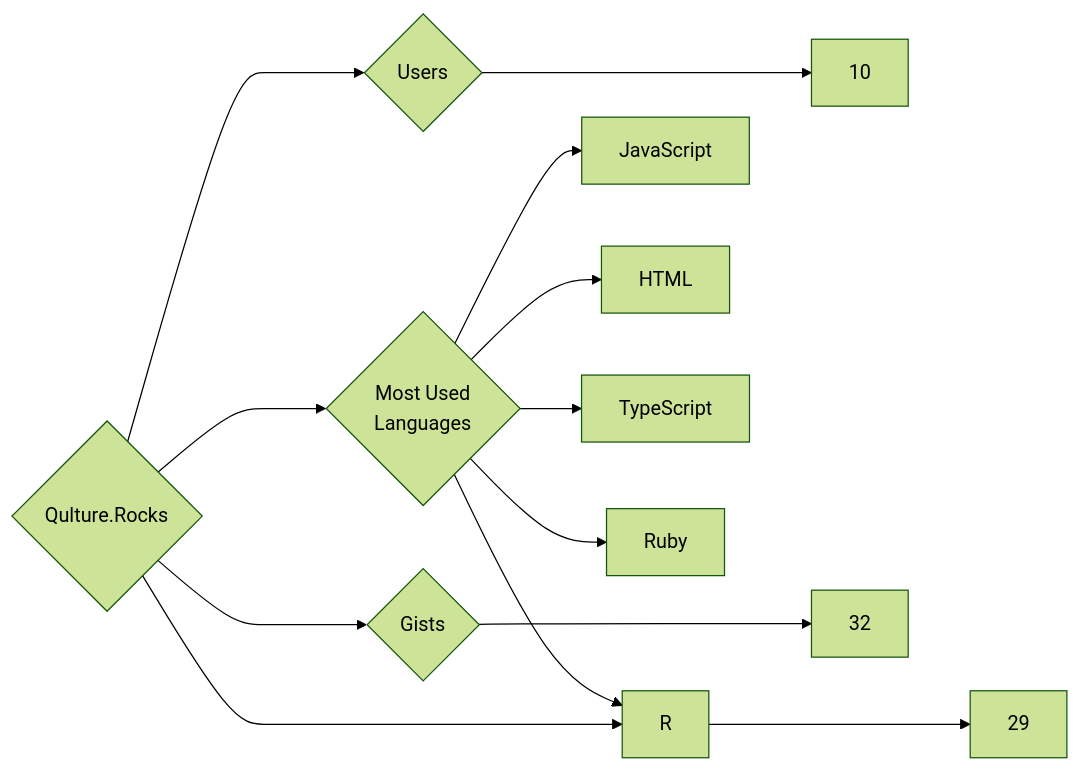
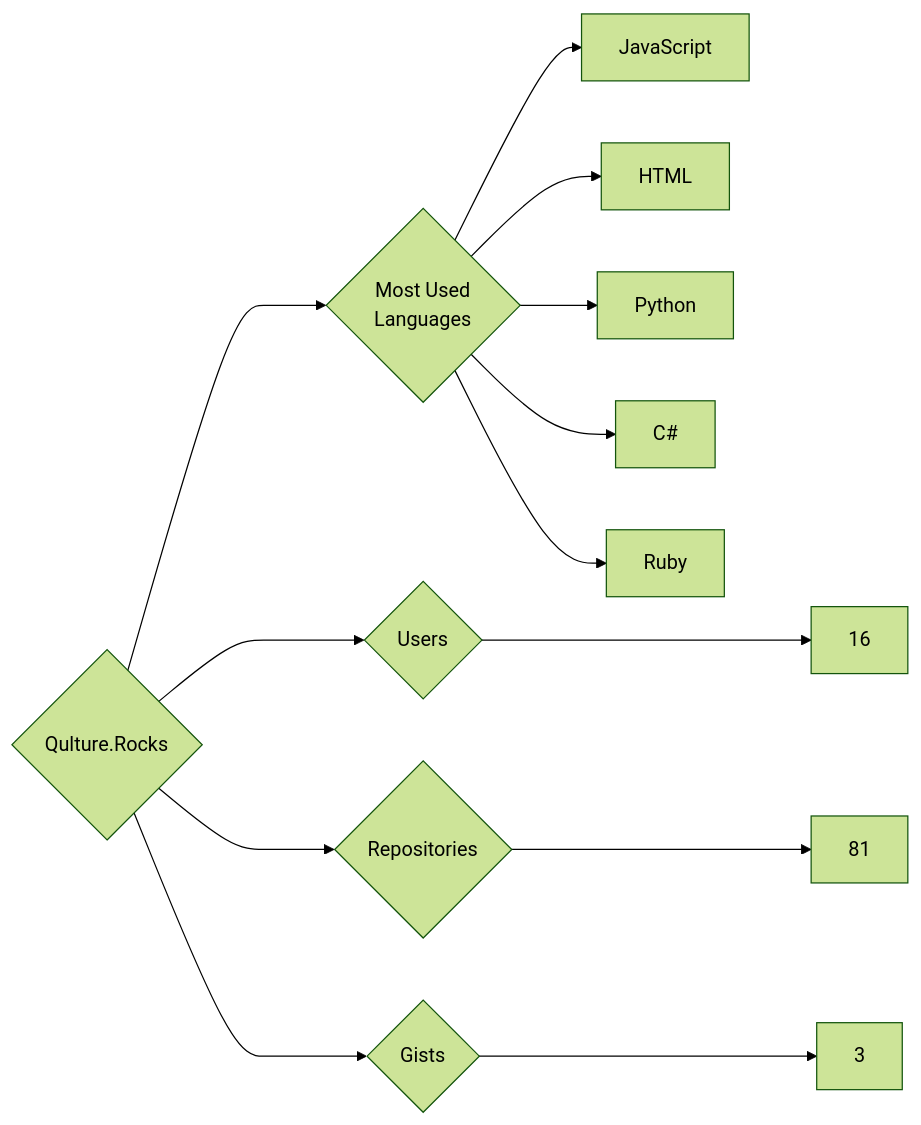
One commit to trickest/insiders changed the diagram in targets/Qulture.Rocks/README.md. Above: the diagram before and after it, drawn with Mermaid (forest theme). The commit also changed 1508 other files, not shown here.

````diff
--- a/targets/Qulture.Rocks/README.md
+++ b/targets/Qulture.Rocks/README.md
@@ -3,13 +3,13 @@
 ```mermaid
 graph LR
 COMPANY_NAME{Qulture.Rocks}
-COMPANY_NAME ---> U{Users} ---> UN[10]
-COMPANY_NAME ---> R{Repositories} ---> RN[29]
-COMPANY_NAME ---> G{Gists} ---> GN[32]
+COMPANY_NAME ---> U{Users} ---> UN[16]
+COMPANY_NAME ---> R{Repositories} ---> RN[81]
+COMPANY_NAME ---> G{Gists} ---> GN[3]
 COMPANY_NAME ---> ML{Most Used<br>Languages}
 ML --> JavaScript[JavaScript]
 ML --> HTML[HTML]
-ML --> TypeScript[TypeScript]
+ML --> Python[Python]
+ML --> C#[C#]
 ML --> Ruby[Ruby]
-ML --> R[R]
 ```
````
